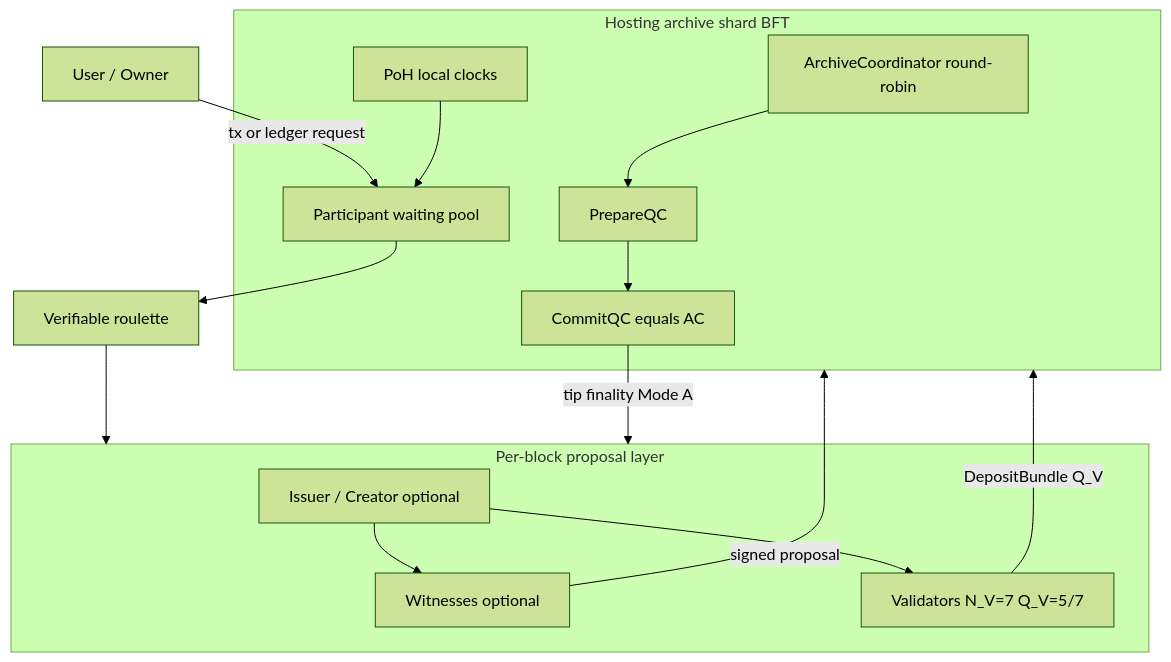
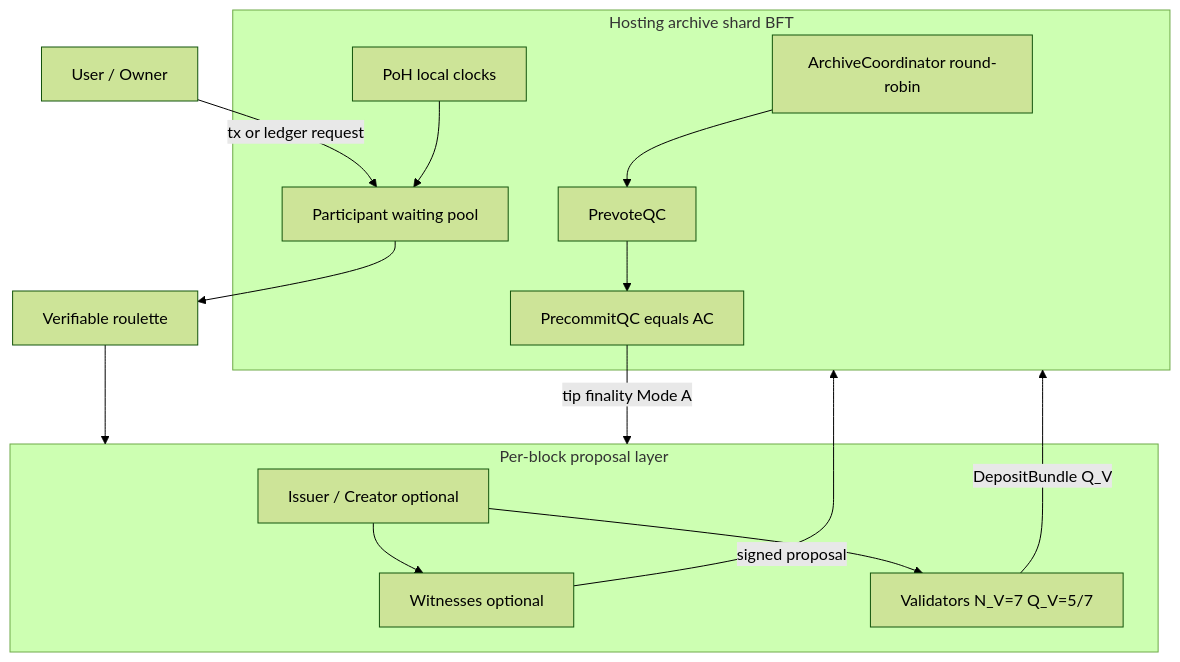
One commit to CoNET-project/CoNET-DLE changed the diagram in src/whitepaper/Decentralization Cluster multi-chain.md. Above: the diagram before and after it, drawn with Mermaid (forest theme). The commit also changed other lines of this file and 1 other file, not shown here.

````diff
--- a/src/whitepaper/Decentralization Cluster multi-chain.md
+++ b/src/whitepaper/Decentralization Cluster multi-chain.md
@@ -442,28 +442,28 @@
 ```mermaid
 flowchart TB
   subgraph ArchiveShard["Hosting archive shard BFT"]
     Coord[ArchiveCoordinator round-robin]
-    Prep[PrepareQC]
-    AC[CommitQC equals AC]
+    Prep[PrevoteQC]
+    AC[PrecommitQC equals AC]
     PoH[PoH local clocks]
     Pool[Participant waiting pool]
   end
 
   subgraph ChainGroup["Per-block proposal layer"]
     I[Issuer / Creator optional]
     W[Witnesses optional]
     V["Validators N_V=7 Q_V=5/7"]
   end
 
   User[User / Owner] -->|tx or ledger request| Pool
   Pool --> Roulette[Verifiable roulette]
   Roulette --> ChainGroup
   I --> W
   I --> V
   W -->|signed proposal| ArchiveShard
   V -->|DepositBundle Q_V| ArchiveShard
   Coord --> Prep
   Prep --> AC
   AC -->|tip finality Mode A| ChainGroup
   PoH --> Pool
 ```
````
